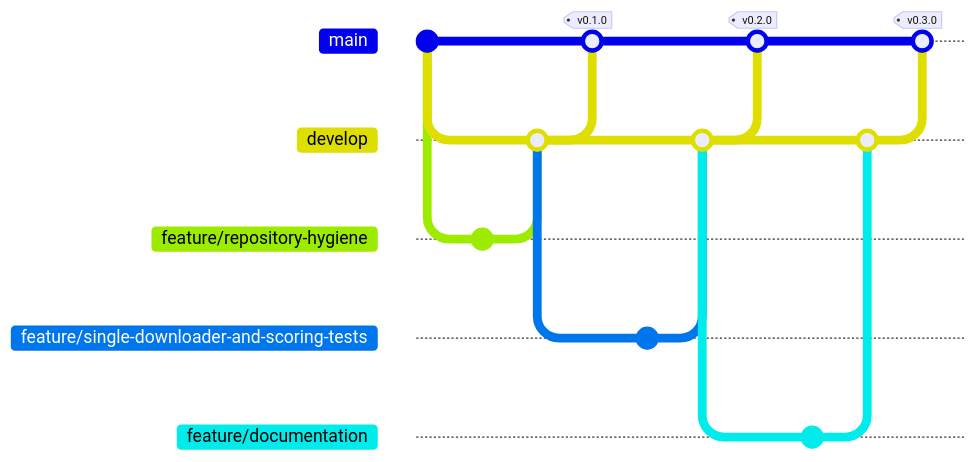
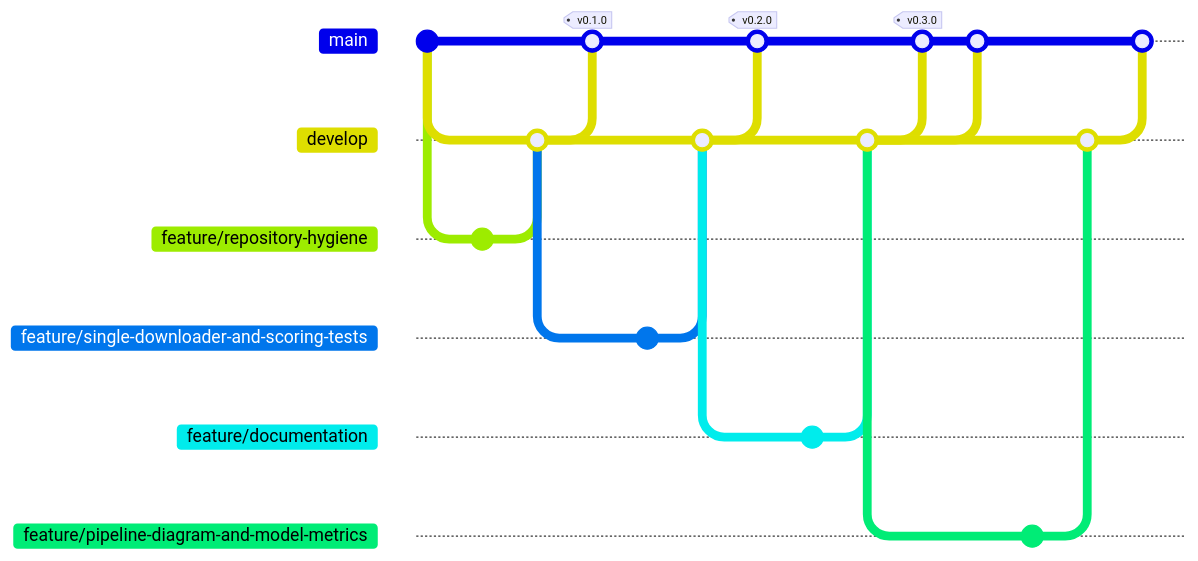
The second of 2 diagrams in README.md (danielyatacoblas/omni-ppe), drawn with Mermaid before and after one commit. The commit also changed other lines of this file, not shown here. Commit ids are hidden.

Commit message:
docs: regenerate the branch diagram after the release merge
The block quotes counts read from the history, so committing it necessarily changes what it counts. It is generated last and says when it was taken rather than pretending to be live.

````diff
--- a/README.md
+++ b/README.md
@@ -182,29 +182,39 @@
 ```mermaid
 gitGraph
    commit id: "import"
    branch develop
    checkout develop
    branch feature/repository-hygiene
    checkout feature/repository-hygiene
    commit
    checkout develop
    merge feature/repository-hygiene
    checkout main
    merge develop tag: "v0.1.0"
    checkout develop
    branch feature/single-downloader-and-scoring-tests
    checkout feature/single-downloader-and-scoring-tests
    commit
    checkout develop
    merge feature/single-downloader-and-scoring-tests
    checkout main
    merge develop tag: "v0.2.0"
    checkout develop
    branch feature/documentation
    checkout feature/documentation
    commit
    checkout develop
    merge feature/documentation
    checkout main
    merge develop tag: "v0.3.0"
+   checkout main
+   merge develop
+   checkout develop
+   branch feature/pipeline-diagram-and-model-metrics
+   checkout feature/pipeline-diagram-and-model-metrics
+   commit
+   checkout develop
+   merge feature/pipeline-diagram-and-model-metrics
+   checkout main
+   merge develop
 ```
````
